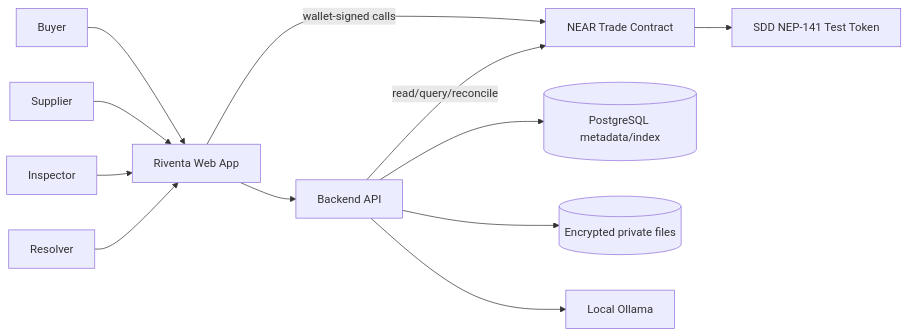
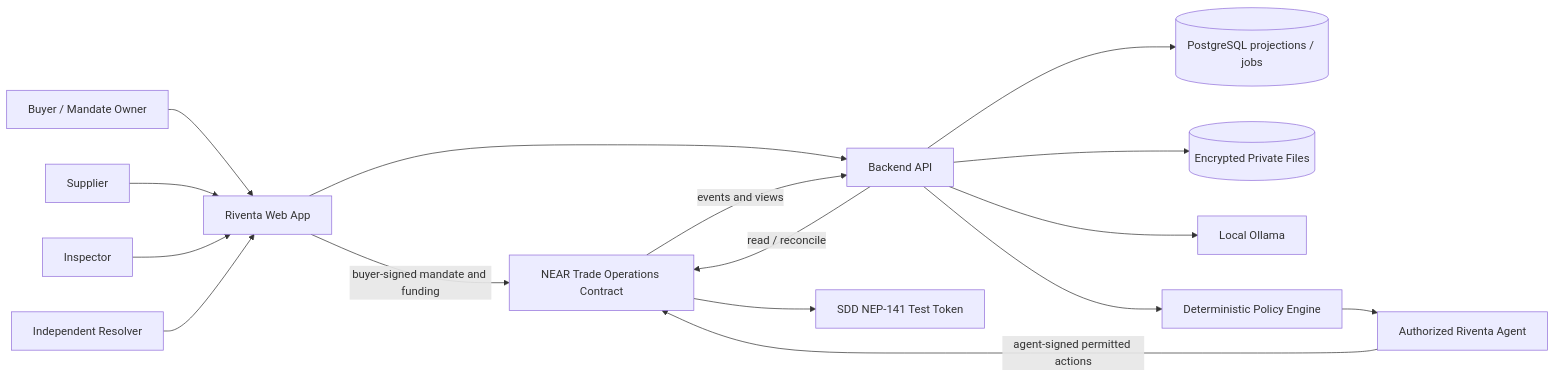
Before and after one commit to Gidy515/Riventa-finance-: the diagram in docs/diagrams/system-context.mmd, drawn with Mermaid. The commit also changed 24 other files, not shown here.

Commit message:
docs: reconcile architecture and implementation baseline

```diff
--- a/docs/diagrams/system-context.mmd
+++ b/docs/diagrams/system-context.mmd
@@ -1,12 +1,16 @@
 flowchart LR
- B[Buyer] --> UI[Riventa Web App]
+ B[Buyer / Mandate Owner] --> UI[Riventa Web App]
  S[Supplier] --> UI
  I[Inspector] --> UI
- R[Resolver] --> UI
- UI -->|wallet-signed calls| C[NEAR Trade Contract]
+ R[Independent Resolver] --> UI
+ UI -->|buyer-signed mandate and funding| C[NEAR Trade Operations Contract]
+ AG[Authorized Riventa Agent] -->|agent-signed permitted actions| C
  UI --> API[Backend API]
- API --> DB[(PostgreSQL metadata/index)]
- API --> FS[(Encrypted private files)]
+ API --> DB[(PostgreSQL projections / jobs)]
+ API --> FS[(Encrypted Private Files)]
  API --> AI[Local Ollama]
- API -->|read/query/reconcile| C
+ API --> POLICY[Deterministic Policy Engine]
+ POLICY --> AG
+ API -->|read / reconcile| C
  C --> FT[SDD NEP-141 Test Token]
+ C -->|events and views| API
```
